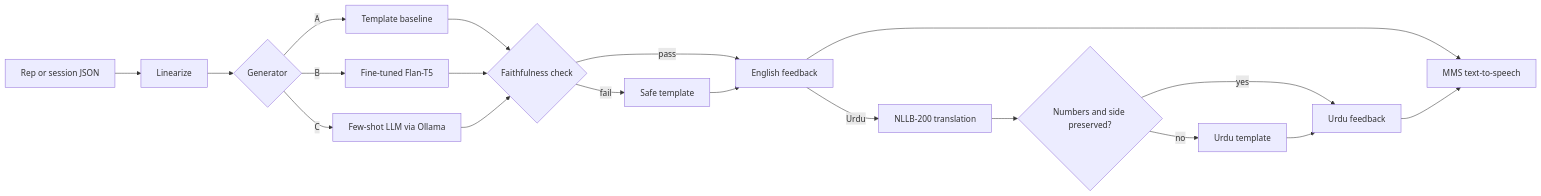
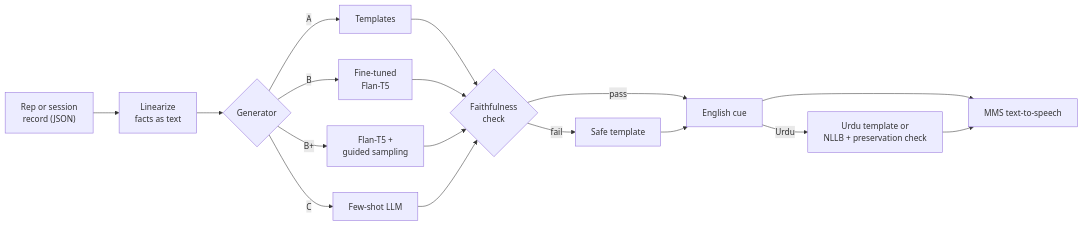
One commit to MMujtabaX/PhysioCoach-Faithful-Bilingual-Exercise-Feedback-From-Movement-Analysis changed the diagram in README.md. Above: the diagram before and after it, drawn with Mermaid. The commit also changed other lines of this file and 2 other files, not shown here.

Commit message:
README: hero section, results chart, final results

````diff
--- a/README.md
+++ b/README.md
@@ -20,15 +66,15 @@
 ```mermaid
 flowchart LR
-    A[Rep or session JSON] --> B[Linearize]
-    B --> C{Generator}
-    C -->|A| C1[Template baseline]
-    C -->|B| C2[Fine-tuned Flan-T5]
-    C -->|C| C3[Few-shot LLM via Ollama]
-    C1 & C2 & C3 --> D{Faithfulness check}
-    D -->|pass| E[English feedback]
-    D -->|fail| F[Safe template] --> E
-    E -->|Urdu| G[NLLB-200 translation] --> H{Numbers and side preserved?}
-    H -->|yes| I[Urdu feedback]
-    H -->|no| J[Urdu template] --> I
-    E & I --> K[MMS text-to-speech]
+    A["Rep or session<br/>record (JSON)"] --> B["Linearize<br/>facts as text"]
+    B --> C{"Generator"}
+    C -->|A| C1["Templates"]
+    C -->|B| C2["Fine-tuned<br/>Flan-T5"]
+    C -->|B+| C3["Flan-T5 +<br/>guided sampling"]
+    C -->|C| C4["Few-shot LLM"]
+    C1 & C2 & C3 & C4 --> D{"Faithfulness<br/>check"}
+    D -->|pass| E["English cue"]
+    D -->|fail| F["Safe template"] --> E
+    E -->|Urdu| G["Urdu template or<br/>NLLB + preservation check"]
+    E --> H["MMS text-to-speech"]
+    G --> H
 ```
````
